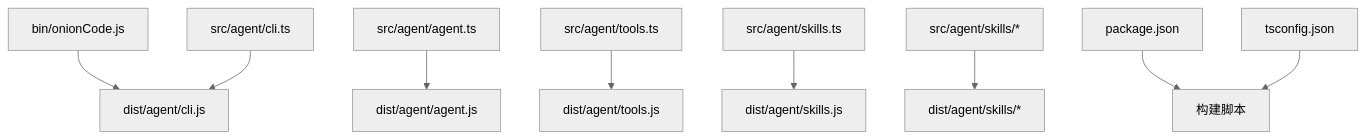
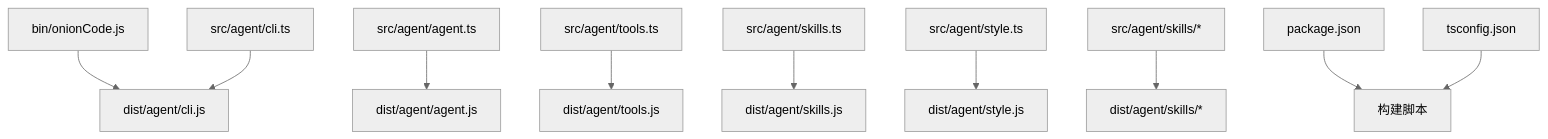
Before and after one commit to HAOFUYANG/onion-code: the first of 10 diagrams in .qoder/repowiki/zh/content/开发者指南/开发者指南.md, drawn with Mermaid (neutral theme). The commit also changed other lines of this file and 3 other files, not shown here.

````diff
--- a/.qoder/repowiki/zh/content/开发者指南/开发者指南.md
+++ b/.qoder/repowiki/zh/content/开发者指南/开发者指南.md
@@ -49,11 +50,12 @@
 ```mermaid
 graph TB
 BIN["bin/onionCode.js"] --> DIST_CLI["dist/agent/cli.js"]
 SRC_AGENT["src/agent/agent.ts"] --> DIST_AGENT["dist/agent/agent.js"]
 SRC_CLI["src/agent/cli.ts"] --> DIST_CLI
 SRC_TOOLS["src/agent/tools.ts"] --> DIST_TOOLS["dist/agent/tools.js"]
 SRC_SKILLS["src/agent/skills.ts"] --> DIST_SKILLS["dist/agent/skills.js"]
+SRC_STYLE["src/agent/style.ts"] --> DIST_STYLE["dist/agent/style.js"]
 SRC_SKILL_DIR["src/agent/skills/*"] --> DIST_SKILLS_DIR["dist/agent/skills/*"]
 PKG["package.json"] --> BUILD["构建脚本"]
 TSC["tsconfig.json"] --> BUILD
 ```
````
